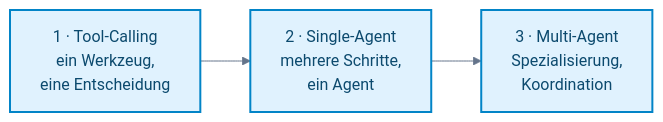
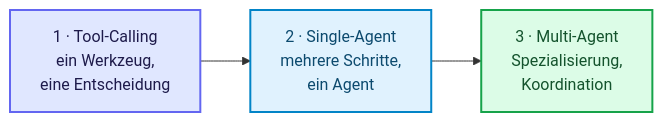
The first of 12 diagrams in docs/08-agenten/agent-architekturen.md (ralf-42/GenAI), drawn with Mermaid before and after one commit. The commit also changed other lines of this file and 50 other files, not shown here.

````diff
--- a/docs/08-agenten/agent-architekturen.md
+++ b/docs/08-agenten/agent-architekturen.md
@@ -56,25 +56,14 @@
 ```mermaid
----
-config:
-  theme: base
-  look: classic
-  themeVariables:
-    primaryColor: '#e0f2fe'
-    primaryBorderColor: '#0284c7'
-    primaryTextColor: '#1e293b'
-    lineColor: '#64748b'
-    clusterBkg: '#f8fafc'
-    clusterBorder: '#cbd5e1'
-    noteBkgColor: '#fef3c7'
-    noteBorderColor: '#d97706'
-    noteTextColor: '#78350f'
-    edgeLabelBackground: '#ffffff'
----
-
 flowchart LR
     A["1 · Tool-Calling\nein Werkzeug,\neine Entscheidung"] --> B["2 · Single-Agent\nmehrere Schritte,\nein Agent"]
     B --> C["3 · Multi-Agent\nSpezialisierung,\nKoordination"]
 
 %% Funktionsfarben nach Mermaid_Best_Practices.md
-classDef default fill:#e0f2fe,stroke:#0284c7,stroke-width:2px,color:#0c4a6e;
+
+    classDef default fill:#e0f2fe,stroke:#0284c7,stroke-width:2px,color:#0c4a6e;
+    classDef input fill:#e0e7ff,stroke:#6366f1,stroke-width:2px,color:#1e1b4b;
+    classDef output fill:#dcfce7,stroke:#16a34a,stroke-width:2px,color:#14532d;
+
+    class A input;
+    class C output;
 ```
````
